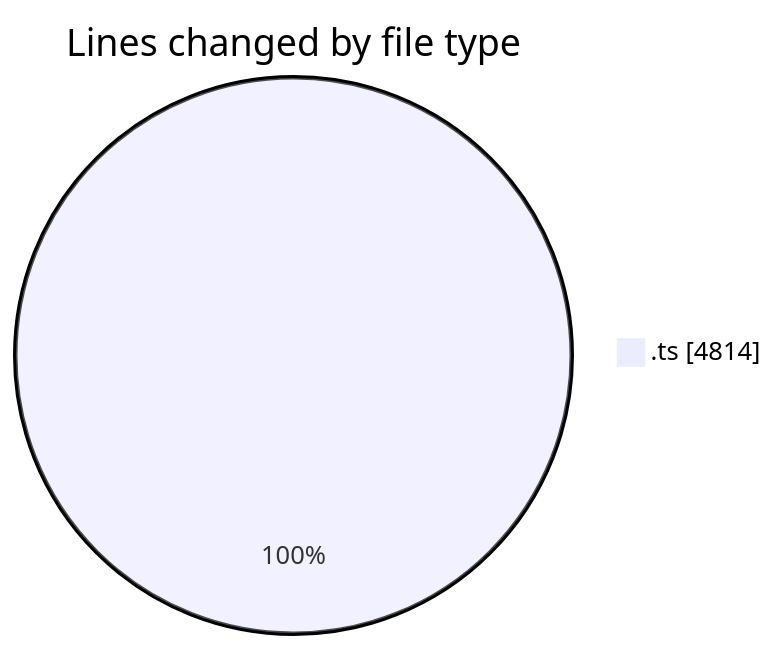
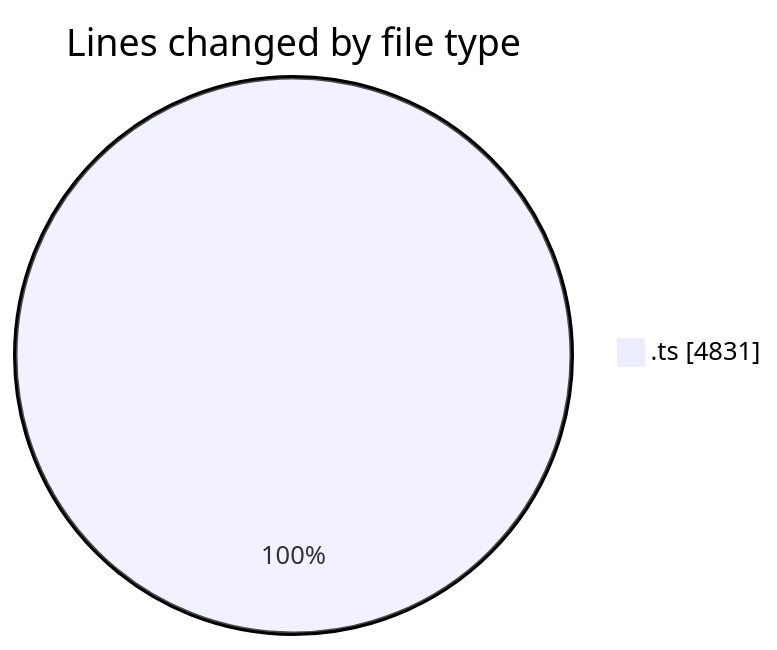
Before and after one commit to momahboobian/code-tracking: the first of 2 diagrams in 2025-08-08/cda/README.md, drawn with Mermaid. The commit also changed other lines of this file and 1 other file, not shown here.

````diff
--- a/2025-08-08/cda/README.md
+++ b/2025-08-08/cda/README.md
@@ -27,5 +27,5 @@
 ```mermaid
 pie showData
 title Lines changed by file type
-".ts" : 4814
+".ts" : 4831
 ```
````
